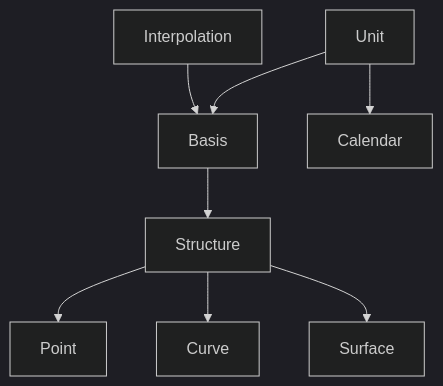
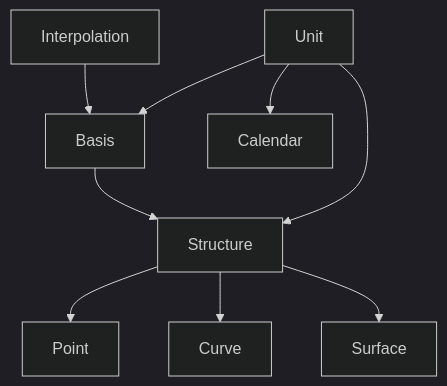
One commit to tristanvandevelde/finstruct changed the diagram in README.md. Above: the diagram before and after it, drawn with Mermaid (dark theme).

````diff
--- a/README.md
+++ b/README.md
@@ -32,10 +32,11 @@
 ```mermaid
 graph TD;
     Unit-->Basis;
     Interpolation-->Basis;
     Unit-->Calendar;
     Basis-->Structure;
+    Unit-->Structure;
     Structure-->Point;
     Structure-->Curve;
     Structure-->Surface;
 ```
````
